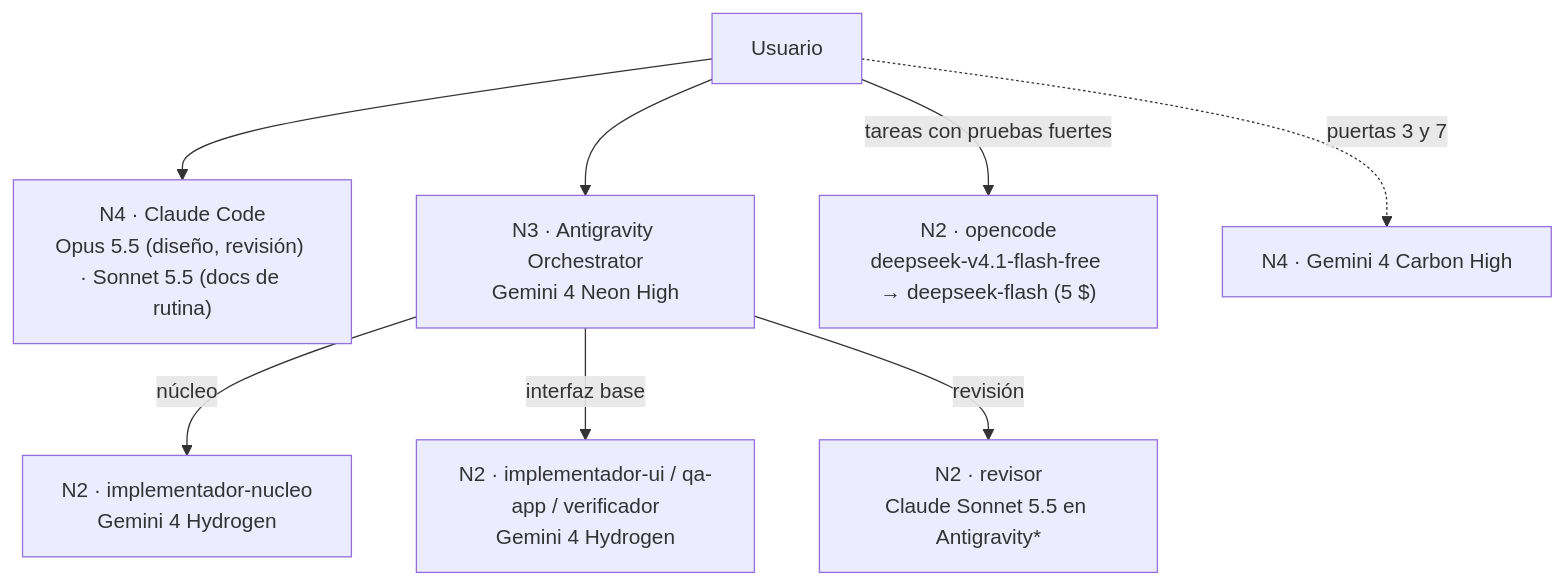
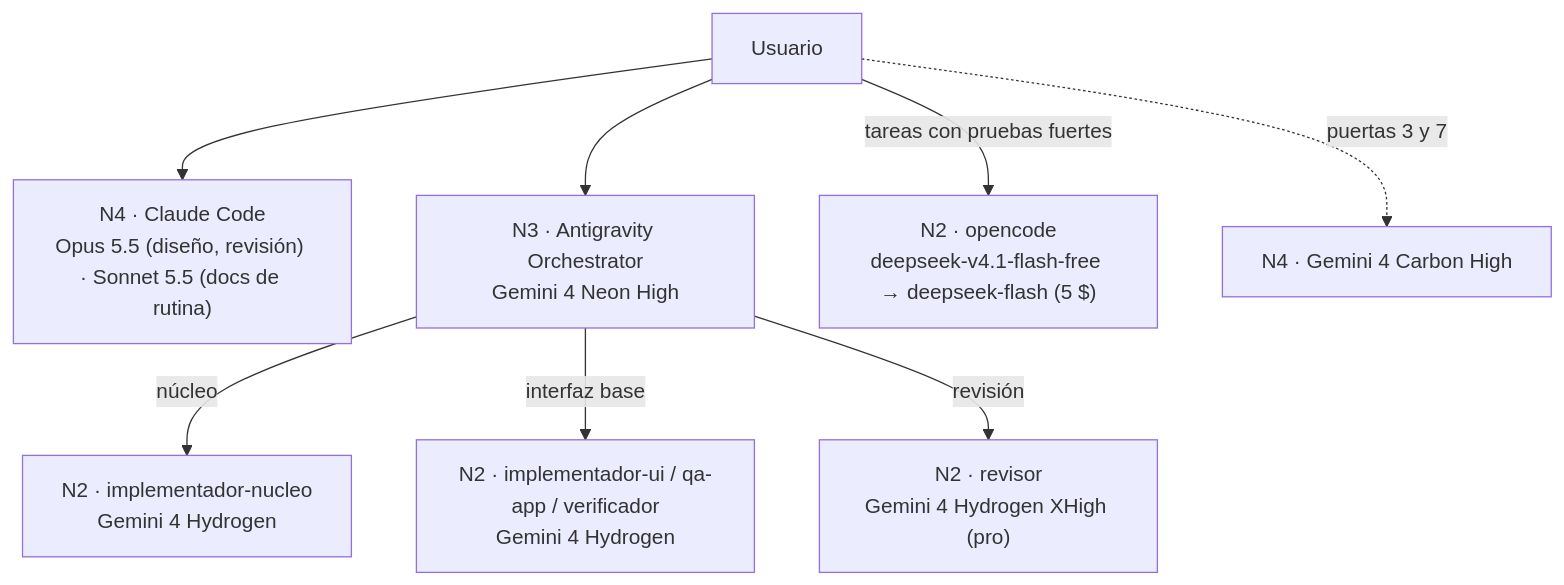
One commit to brandonC-developer/Alpha changed the diagram in docs/02-agentes-y-modelos.md. Above: the diagram before and after it, drawn with Mermaid. The commit also changed other lines of this file and 4 other files, not shown here.

````diff
--- a/docs/02-agentes-y-modelos.md
+++ b/docs/02-agentes-y-modelos.md
@@ -14,10 +14,10 @@
 ```mermaid
 flowchart TB
   U[Usuario] --> N4C["N4 · Claude Code<br/>Opus 5.5 (diseño, revisión) · Sonnet 5.5 (docs de rutina)"]
   U --> N3["N3 · Antigravity Orchestrator<br/>Gemini 4 Neon High"]
   N3 -->|núcleo| N2A["N2 · implementador-nucleo<br/>Gemini 4 Hydrogen"]
   N3 -->|interfaz base| N2U["N2 · implementador-ui / qa-app / verificador<br/>Gemini 4 Hydrogen"]
-  N3 -->|revisión| RV["N2 · revisor<br/>Claude Sonnet 5.5 en Antigravity*"]
+  N3 -->|revisión| RV["N2 · revisor<br/>Gemini 4 Hydrogen XHigh (pro)"]
   U -->|tareas con pruebas fuertes| OC["N2 · opencode<br/>deepseek-v4.1-flash-free → deepseek-flash (5 $)"]
   U -.->|puertas 3 y 7| N4G["N4 · Gemini 4 Carbon High"]
 ```
````
